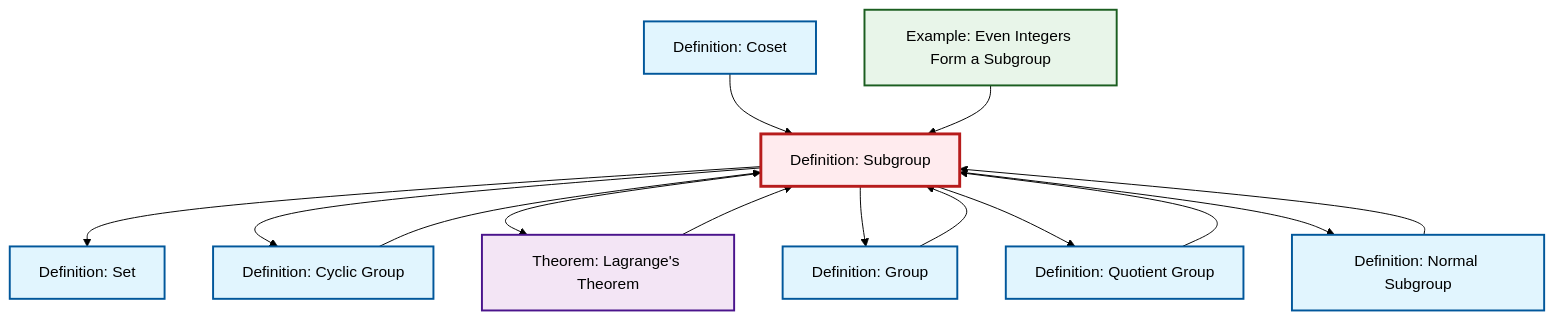
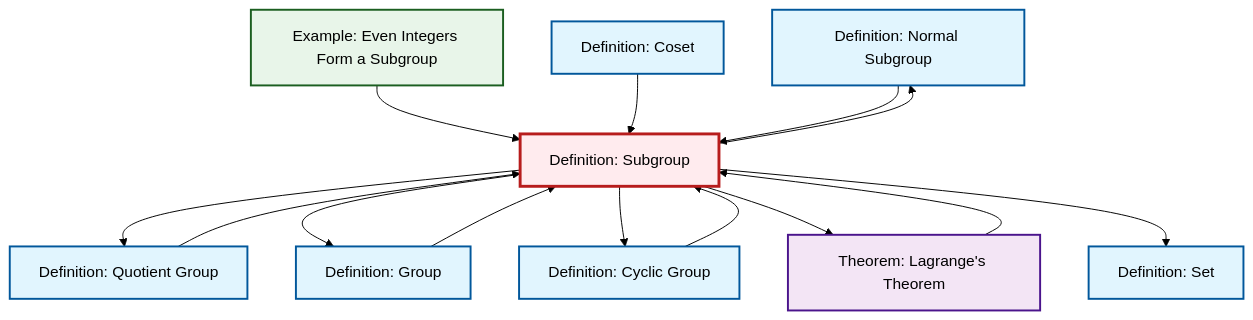
One commit to RK0429/ModernMath changed the diagram in content/en/algebra/def-subgroup.qmd. Above: the diagram before and after it, drawn with Mermaid (forest theme). The commit also changed other lines of this file and 360 other files, not shown here.

````diff
--- a/content/en/algebra/def-subgroup.qmd
+++ b/content/en/algebra/def-subgroup.qmd
@@ -52,40 +52,40 @@
 ```{mermaid}
 %%| fig-cap: "Local dependency graph"
 graph TD
     classDef definition fill:#e1f5fe,stroke:#01579b,stroke-width:2px
     classDef theorem fill:#f3e5f5,stroke:#4a148c,stroke-width:2px
     classDef axiom fill:#fff3e0,stroke:#e65100,stroke-width:2px
     classDef example fill:#e8f5e9,stroke:#1b5e20,stroke-width:2px
     classDef current fill:#ffebee,stroke:#b71c1c,stroke-width:3px
+    def-normal-subgroup["Definition: Normal Subgroup"]:::definition
+    def-quotient-group["Definition: Quotient Group"]:::definition
     ex-even-integers-subgroup["Example: Even Integers Form a Subgroup"]:::example
+    thm-lagrange["Theorem: Lagrange's Theorem"]:::theorem
+    def-coset["Definition: Coset"]:::definition
+    def-set["Definition: Set"]:::definition
     def-cyclic-group["Definition: Cyclic Group"]:::definition
-    def-normal-subgroup["Definition: Normal Subgroup"]:::definition
+    def-group["Definition: Group"]:::definition
     def-subgroup["Definition: Subgroup"]:::definition
-    def-coset["Definition: Coset"]:::definition
-    def-group["Definition: Group"]:::definition
-    thm-lagrange["Theorem: Lagrange's Theorem"]:::theorem
-    def-set["Definition: Set"]:::definition
-    def-quotient-group["Definition: Quotient Group"]:::definition
+    def-group --> def-subgroup
+    def-subgroup --> def-quotient-group
+    ex-even-integers-subgroup --> def-subgroup
+    thm-lagrange --> def-subgroup
+    def-coset --> def-subgroup
+    def-subgroup --> def-normal-subgroup
+    def-cyclic-group --> def-subgroup
+    def-quotient-group --> def-subgroup
+    def-subgroup --> def-group
+    def-subgroup --> def-cyclic-group
+    def-subgroup --> thm-lagrange
     def-subgroup --> def-set
-    def-quotient-group --> def-subgroup
     def-normal-subgroup --> def-subgroup
-    def-coset --> def-subgroup
-    def-subgroup --> def-cyclic-group
-    def-group --> def-subgroup
-    def-subgroup --> thm-lagrange
-    def-subgroup --> def-group
-    def-subgroup --> def-quotient-group
-    thm-lagrange --> def-subgroup
-    def-cyclic-group --> def-subgroup
-    def-subgroup --> def-normal-subgroup
-    ex-even-integers-subgroup --> def-subgroup
     class def-subgroup current
+    click def-normal-subgroup "def-normal-subgroup.html" "Go to Normal Subgroup definition"
+    click def-quotient-group "def-quotient-group.html" "Go to Quotient Group definition"
     click ex-even-integers-subgroup "ex-even-integers-subgroup.html" "Go to Even Integers Form a Subgroup example"
+    click thm-lagrange "thm-lagrange.html" "Go to Lagrange's Theorem theorem"
+    click def-coset "def-coset.html" "Go to Coset definition"
+    click def-set "def-set.html" "Go to Set definition"
     click def-cyclic-group "def-cyclic-group.html" "Go to Cyclic Group definition"
-    click def-normal-subgroup "def-normal-subgroup.html" "Go to Normal Subgroup definition"
-    click def-coset "def-coset.html" "Go to Coset definition"
     click def-group "def-group.html" "Go to Group definition"
-    click thm-lagrange "thm-lagrange.html" "Go to Lagrange's Theorem theorem"
-    click def-set "def-set.html" "Go to Set definition"
-    click def-quotient-group "def-quotient-group.html" "Go to Quotient Group definition"
 ```
````
